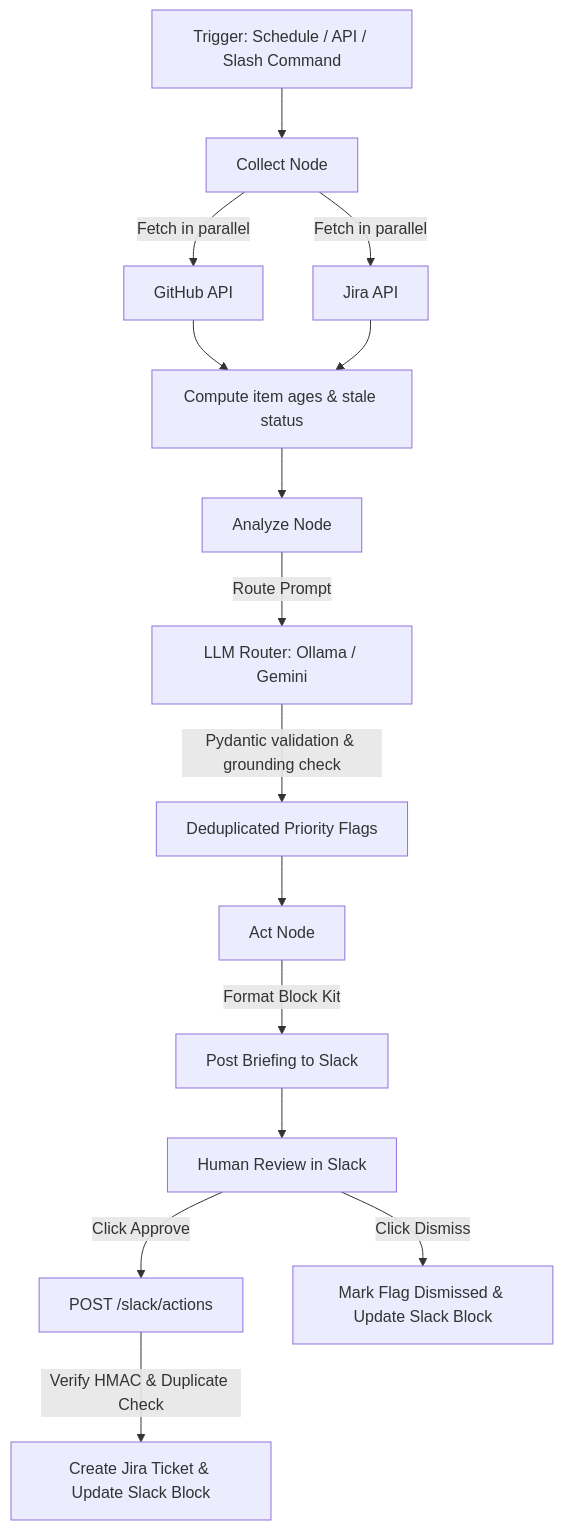
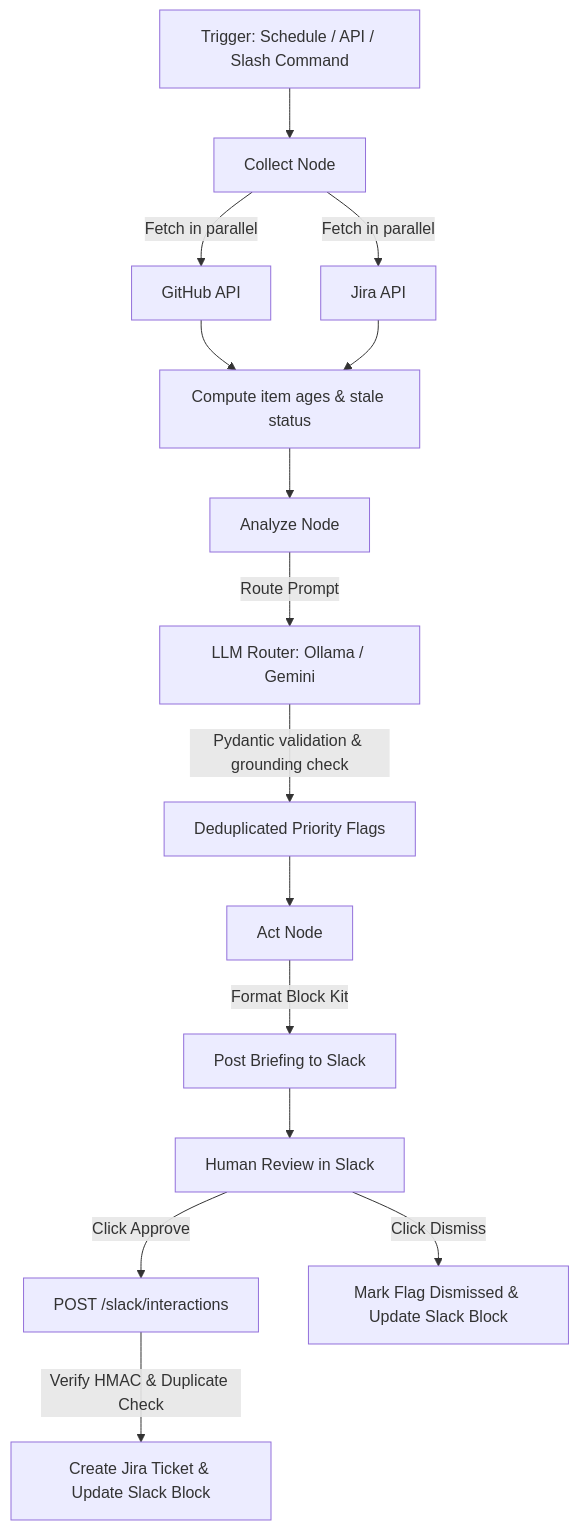
Before and after one commit to mnithinn24/teampulse-ai-ops-agent: the diagram in README.md, drawn with Mermaid. The commit also changed other lines of this file and 12 other files, not shown here.

Commit message:
docs: sync README, guide and architecture with code

````diff
--- a/README.md
+++ b/README.md
@@ -38,17 +43,17 @@
 ```mermaid
 flowchart TD
     A[Trigger: Schedule / API / Slash Command] --> B[Collect Node]
     B -->|Fetch in parallel| C[GitHub API]
     B -->|Fetch in parallel| D[Jira API]
     C --> E[Compute item ages & stale status]
     D --> E
     E --> F[Analyze Node]
     F -->|Route Prompt| G[LLM Router: Ollama / Gemini]
     G -->|Pydantic validation & grounding check| H[Deduplicated Priority Flags]
     H --> I[Act Node]
     I -->|Format Block Kit| J[Post Briefing to Slack]
     J --> K[Human Review in Slack]
-    K -->|Click Approve| L[POST /slack/actions]
+    K -->|Click Approve| L[POST /slack/interactions]
     L -->|Verify HMAC & Duplicate Check| M[Create Jira Ticket & Update Slack Block]
     K -->|Click Dismiss| N[Mark Flag Dismissed & Update Slack Block]
 ```
````
